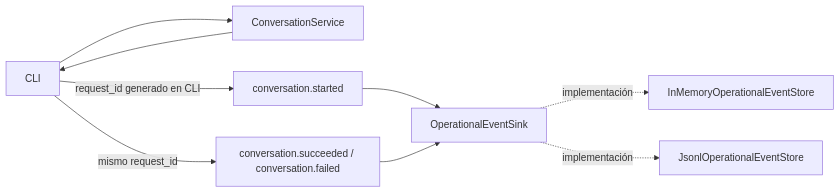
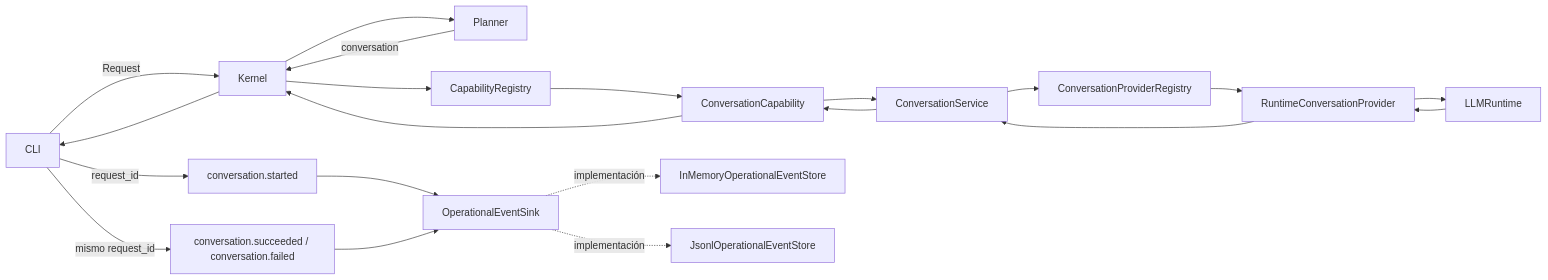
Before and after one commit to Aranwill/malak-project-vault: the second of 2 diagrams in 01-architecture/CURRENT_COMPONENTS_MAP.md, drawn with Mermaid. The commit also changed other lines of this file and 5 other files, not shown here.

````diff
--- a/01-architecture/CURRENT_COMPONENTS_MAP.md
+++ b/01-architecture/CURRENT_COMPONENTS_MAP.md
@@ -396,19 +419,39 @@
 ```mermaid
 flowchart LR
     CLI[CLI]
+    Kernel[Kernel]
+    Planner[Planner]
+    Registry[CapabilityRegistry]
+    Capability[ConversationCapability]
     Service[ConversationService]
+    ProviderRegistry[ConversationProviderRegistry]
+    Provider[RuntimeConversationProvider]
+    Runtime[LLMRuntime]
     Started[conversation.started]
     Final[conversation.succeeded / conversation.failed]
     Sink[OperationalEventSink]
     Memory[InMemoryOperationalEventStore]
     JSONL[JsonlOperationalEventStore]
 
-    CLI -->|request_id generado en CLI| Started
+    CLI -->|Request| Kernel
+    Kernel --> Planner
+    Planner -->|conversation| Kernel
+    Kernel --> Registry
+    Registry --> Capability
+    Capability --> Service
+    Service --> ProviderRegistry
+    ProviderRegistry --> Provider
+    Provider --> Runtime
+    Runtime --> Provider
+    Provider --> Service
+    Service --> Capability
+    Capability --> Kernel
+    Kernel --> CLI
+
+    CLI -->|request_id| Started
     Started --> Sink
-    CLI --> Service
-    Service --> CLI
     CLI -->|mismo request_id| Final
     Final --> Sink
     Sink -. implementación .-> Memory
     Sink -. implementación .-> JSONL
 ```
````
